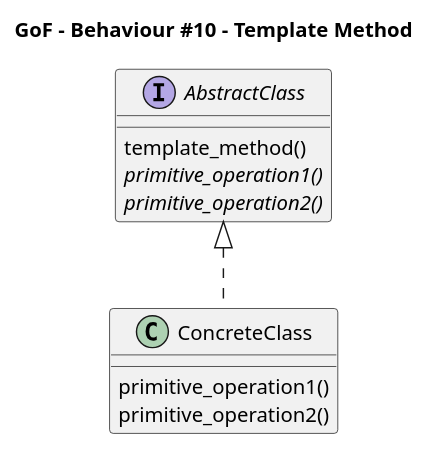
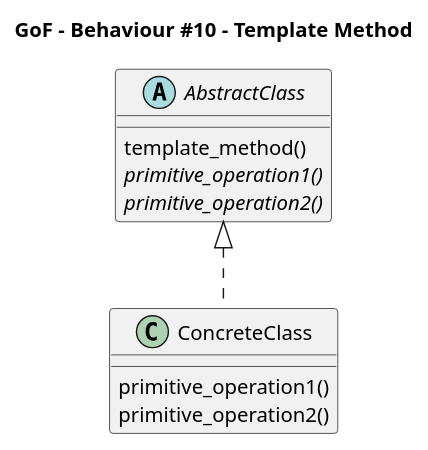
The diagram in GoF/GoF_be10_template_method.puml (Takayoshi-Matsuyama/design_patterns), drawn with PlantUML before and after one commit. The commit also changed 2 other files, not shown here.

```diff
--- a/GoF/GoF_be10_template_method.puml
+++ b/GoF/GoF_be10_template_method.puml
@@ -1,31 +1,31 @@
 @startuml gof_template_method
 
 'Copyright 2026 Takayoshi Matsuyama
 '
 'Licensed under the Apache License, Version 2.0 (the "License");
 'you may not use this file except in compliance with the License.
 'You may obtain a copy of the License at
 '
 '    http://www.apache.org/licenses/LICENSE-2.0
 '
 'Unless required by applicable law or agreed to in writing, software
 'distributed under the License is distributed on an "AS IS" BASIS,
 'WITHOUT WARRANTIES OR CONDITIONS OF ANY KIND, either express or implied.
 'See the License for the specific language governing permissions and
 'limitations under the License.
 
 title GoF - Behaviour #10 - Template Method
 
-interface AbstractClass {
+abstract class AbstractClass {
     template_method()
     {abstract} primitive_operation1()
     {abstract} primitive_operation2()
 }
 
 class ConcreteClass {
     primitive_operation1()
     primitive_operation2()
 }
 
 AbstractClass <|.. ConcreteClass
 @enduml
```
